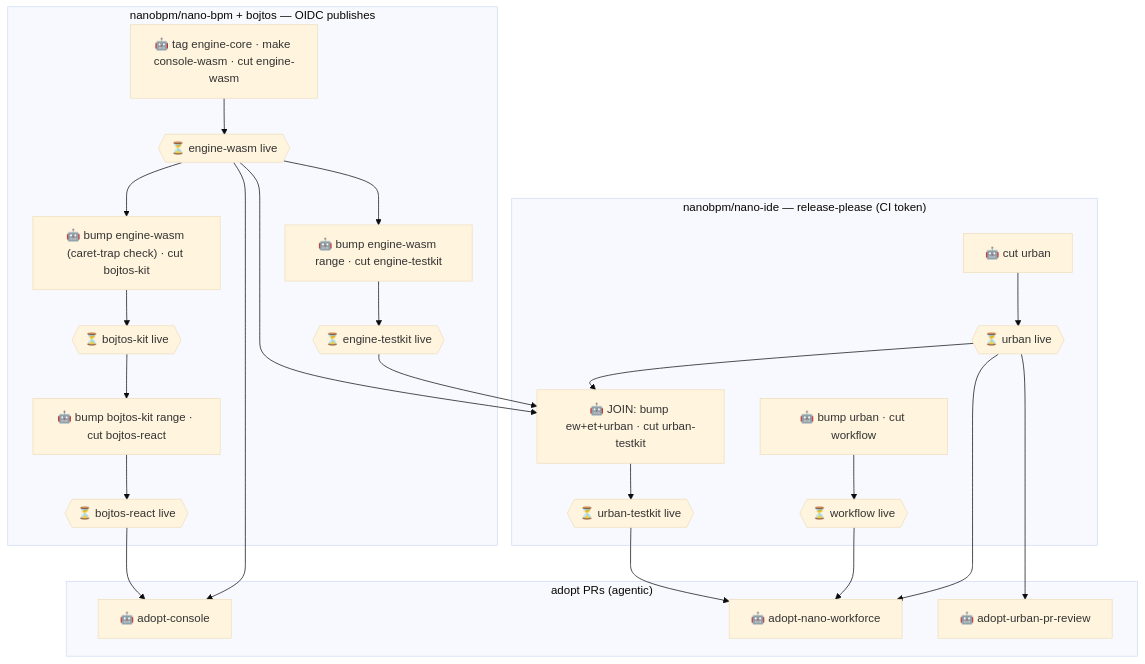
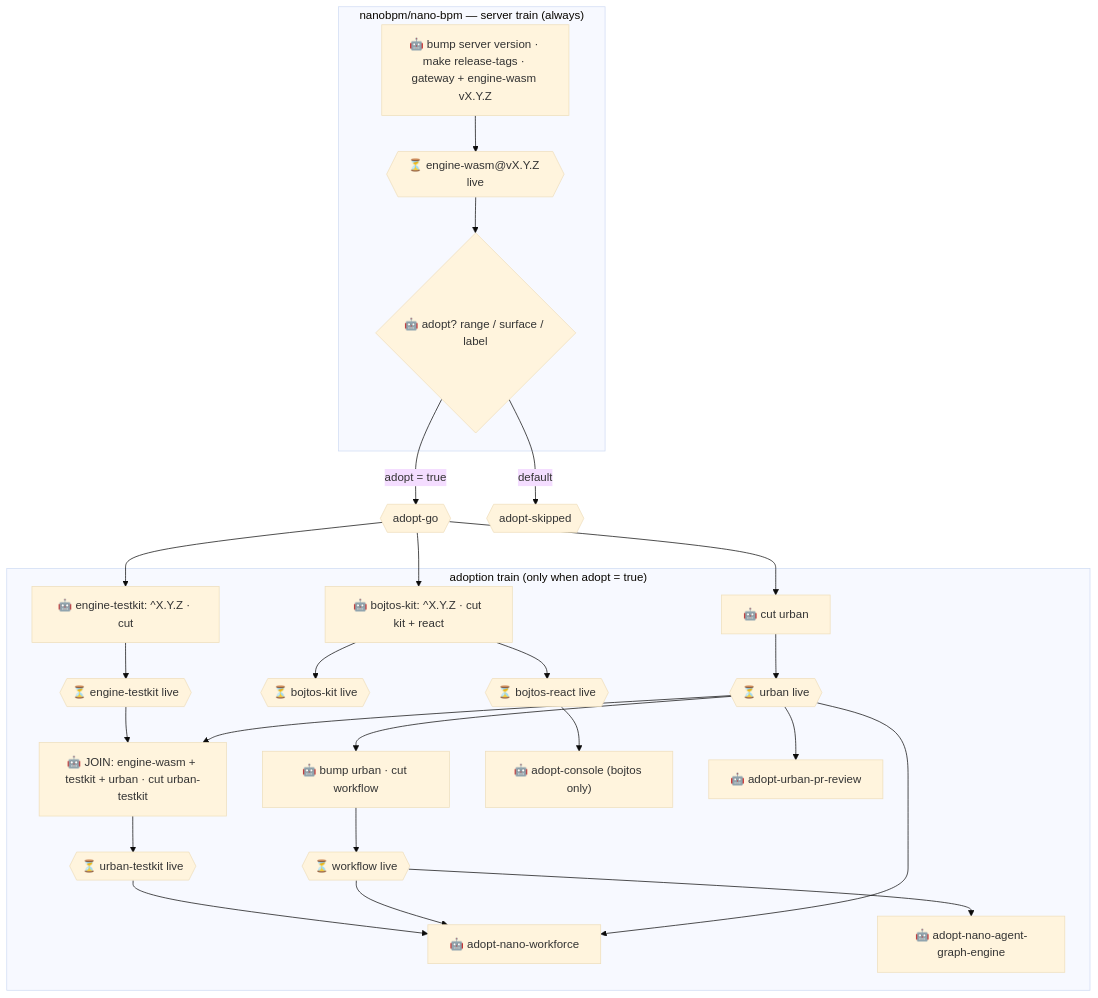
Before and after one commit to nanobpm/wasm-engine-release-graph: the diagram in README.md, drawn with Mermaid (base theme). The commit also changed other lines of this file and 2 other files, not shown here.

First line of the commit message:
feat(graph): one server-release graph with conditional downstream adoption (#5)

````diff
--- a/README.md
+++ b/README.md
@@ -62,31 +85,33 @@
 ```mermaid
 flowchart TD
-  subgraph engine_bojtos["nanobpm/nano-bpm + bojtos — OIDC publishes"]
-    ew-release["🤖 tag engine-core · make console-wasm · cut engine-wasm"] --> ew-live{{"⏳ engine-wasm live"}}
-    et-release["🤖 bump engine-wasm range · cut engine-testkit"] --> et-live{{"⏳ engine-testkit live"}}
-    bk-release["🤖 bump engine-wasm (caret-trap check) · cut bojtos-kit"] --> bk-live{{"⏳ bojtos-kit live"}}
-    br-release["🤖 bump bojtos-kit range · cut bojtos-react"] --> br-live{{"⏳ bojtos-react live"}}
+  subgraph server["nanobpm/nano-bpm — server train (always)"]
+    srv-release["🤖 bump server version · make release-tags · gateway + engine-wasm vX.Y.Z"] --> srv-live{{"⏳ engine-wasm@vX.Y.Z live"}}
+    srv-live --> adopt-decision{"🤖 adopt? range / surface / label"}
   end
-  subgraph urban_train["nanobpm/nano-ide — release-please (CI token)"]
+  adopt-decision -- "adopt = true" --> adopt-go{{"adopt-go"}}
+  adopt-decision -- "default" --> adopt-skipped{{"adopt-skipped"}}
+  subgraph downstream["adoption train (only when adopt = true)"]
+    et-release["🤖 engine-testkit: ^X.Y.Z · cut"] --> et-live{{"⏳ engine-testkit live"}}
+    bk-release["🤖 bojtos-kit: ^X.Y.Z · cut kit + react"] --> bk-live{{"⏳ bojtos-kit live"}}
+    bk-release --> br-live{{"⏳ bojtos-react live"}}
     urban-release["🤖 cut urban"] --> urban-live{{"⏳ urban live"}}
     wf-bump["🤖 bump urban · cut workflow"] --> wf-live{{"⏳ workflow live"}}
-    ut-bump["🤖 JOIN: bump ew+et+urban · cut urban-testkit"] --> ut-live{{"⏳ urban-testkit live"}}
-  end
-  subgraph sinks["adopt PRs (agentic)"]
-    adopt-console["🤖 adopt-console"]
+    ut-bump["🤖 JOIN: engine-wasm + testkit + urban · cut urban-testkit"] --> ut-live{{"⏳ urban-testkit live"}}
+    adopt-console["🤖 adopt-console (bojtos only)"]
     adopt-nwf["🤖 adopt-nano-workforce"]
     adopt-upr["🤖 adopt-urban-pr-review"]
+    adopt-nage["🤖 adopt-nano-agent-graph-engine"]
   end
-  ew-live --> et-release
-  ew-live --> bk-release
-  bk-live --> br-release
-  ew-live --> ut-bump
+  adopt-go --> et-release
+  adopt-go --> bk-release
+  adopt-go --> urban-release
+  urban-live --> wf-bump
   et-live --> ut-bump
   urban-live --> ut-bump
   br-live --> adopt-console
-  ew-live --> adopt-console
   ut-live --> adopt-nwf
   wf-live --> adopt-nwf
   urban-live --> adopt-nwf
   urban-live --> adopt-upr
+  wf-live --> adopt-nage
 ```
````
